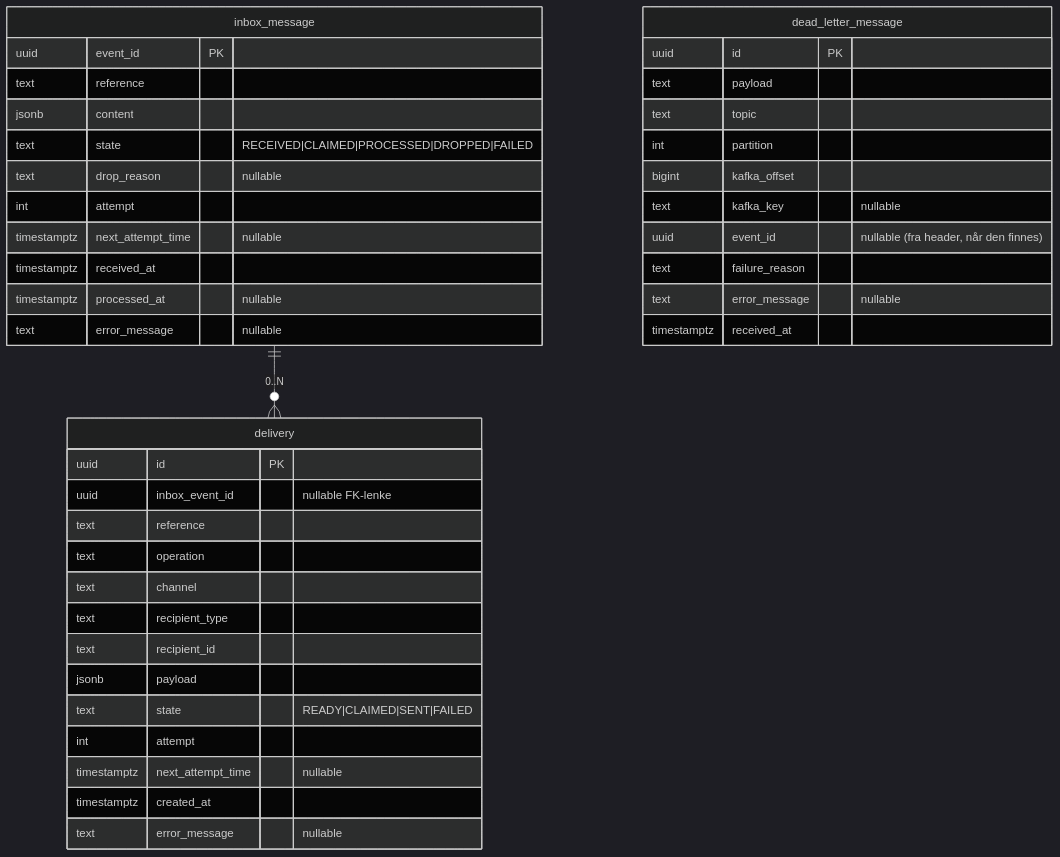
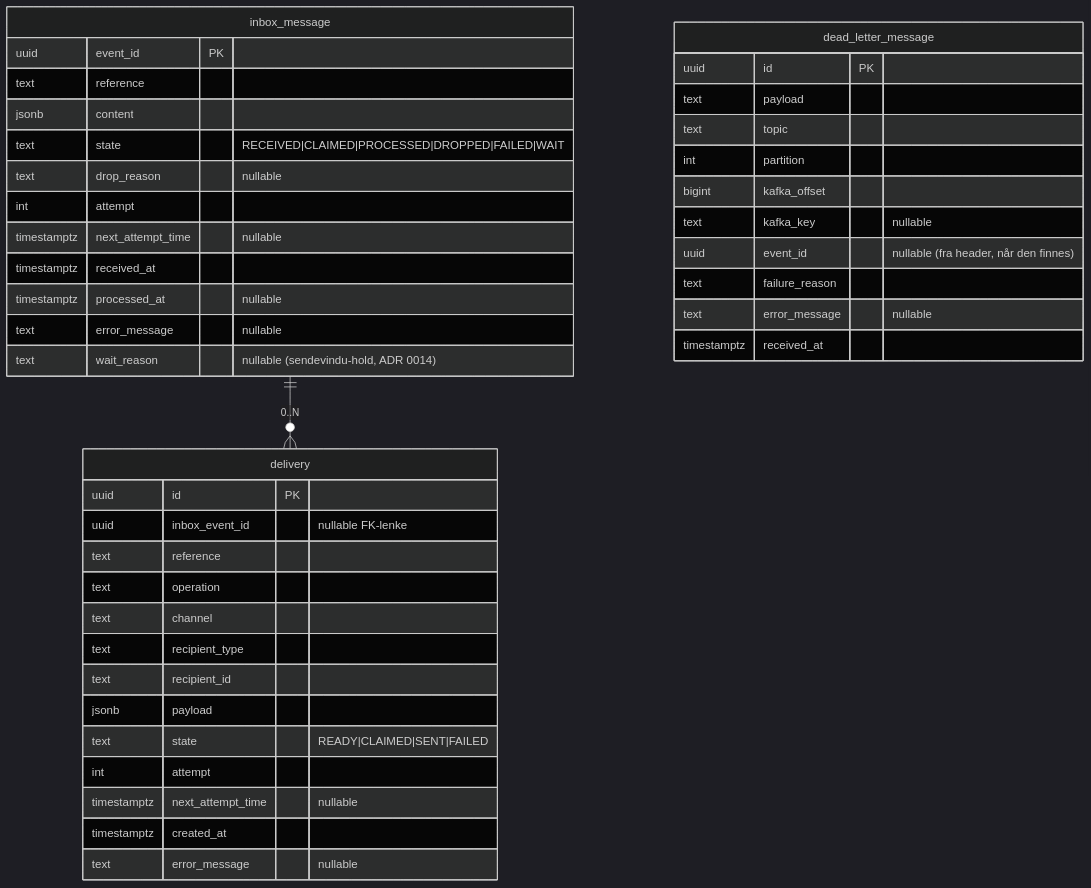
The diagram in docs/datamodell.md (navikt/syfo-budstikka), drawn with Mermaid (dark theme) before and after one commit. The commit also changed other lines of this file and 20 other files, not shown here.

First line of the commit message:
Inbox-hold for sendevindu: dedikert wait_reason og attempt-budsjett

````diff
--- a/docs/datamodell.md
+++ b/docs/datamodell.md
@@ -8,46 +8,47 @@
 ```mermaid
 erDiagram
     inbox_message ||--o{ delivery : "0..N"
 
     inbox_message {
         uuid        event_id PK
         text        reference
         jsonb       content
-        text        state "RECEIVED|CLAIMED|PROCESSED|DROPPED|FAILED"
+        text        state "RECEIVED|CLAIMED|PROCESSED|DROPPED|FAILED|WAIT"
         text        drop_reason "nullable"
         int         attempt
         timestamptz next_attempt_time "nullable"
         timestamptz received_at
         timestamptz processed_at "nullable"
         text        error_message "nullable"
+        text        wait_reason "nullable (sendevindu-hold, ADR 0014)"
     }
 
     delivery {
         uuid        id PK
         uuid        inbox_event_id "nullable FK-lenke"
         text        reference
         text        operation
         text        channel
         text        recipient_type
         text        recipient_id
         jsonb       payload
         text        state "READY|CLAIMED|SENT|FAILED"
         int         attempt
         timestamptz next_attempt_time "nullable"
         timestamptz created_at
         text        error_message "nullable"
     }
 
     dead_letter_message {
         uuid        id PK
         text        payload
         text        topic
         int         partition
         bigint      kafka_offset
         text        kafka_key "nullable"
         uuid        event_id "nullable (fra header, når den finnes)"
         text        failure_reason
         text        error_message "nullable"
         timestamptz received_at
     }
 ```
````
